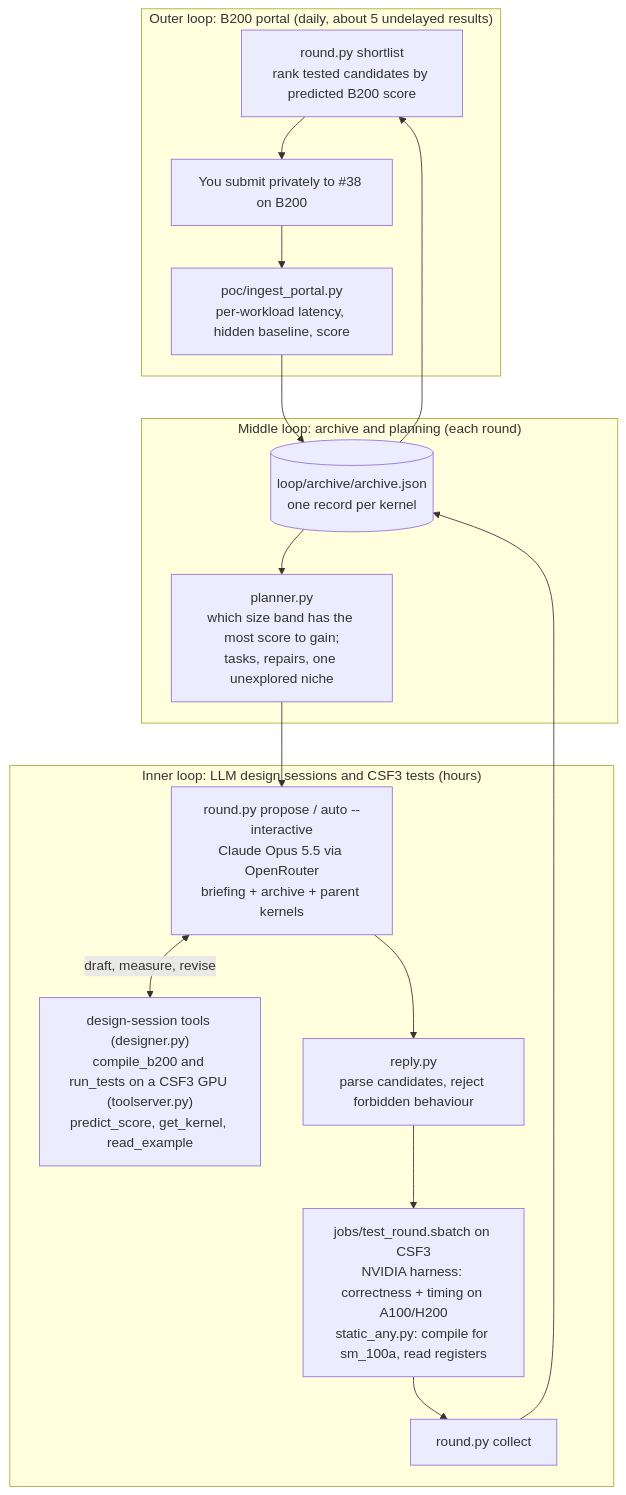
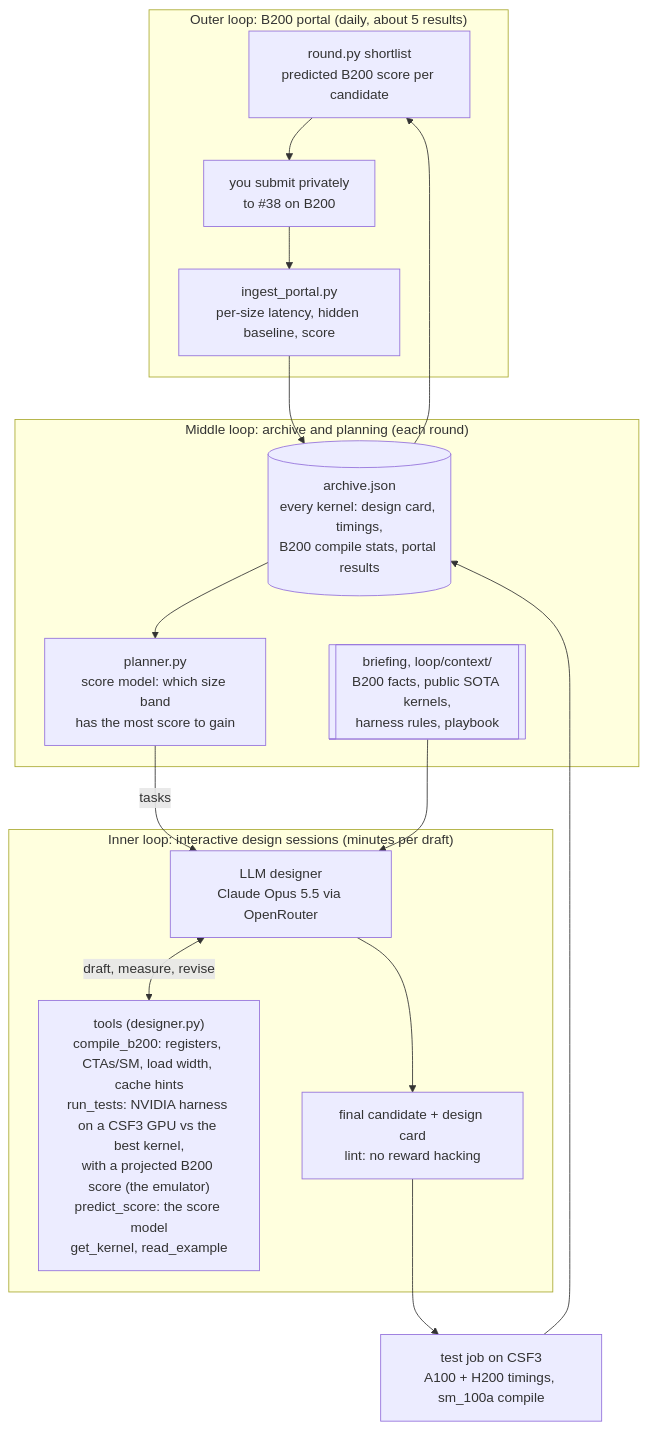
One commit to Hha21/execbench-test changed the second of 2 diagrams in README.md. Above: the diagram before and after it, drawn with Mermaid. The commit also changed other lines of this file, not shown here.

First line of the commit message:
README: name the project (solx), add a score chart, redraw the loop diagram

````diff
--- a/README.md
+++ b/README.md
@@ -26,27 +39,28 @@
 ```mermaid
 flowchart TB
-    subgraph outer["Outer loop: B200 portal (daily, about 5 undelayed results)"]
-        SL["round.py shortlist<br/>rank tested candidates by predicted B200 score"]
-        SUB["You submit privately to #38 on B200"]
-        ING["poc/ingest_portal.py<br/>per-workload latency, hidden baseline, score"]
+    subgraph outer["Outer loop: B200 portal (daily, about 5 results)"]
+        SL["round.py shortlist<br/>predicted B200 score per candidate"]
+        SUB["you submit privately<br/>to #38 on B200"]
+        ING["ingest_portal.py<br/>per-size latency, hidden baseline, score"]
         SL --> SUB --> ING
     end
     subgraph middle["Middle loop: archive and planning (each round)"]
-        ARC[("loop/archive/archive.json<br/>one record per kernel")]
-        PLAN["planner.py<br/>which size band has the most score to gain;<br/>tasks, repairs, one unexplored niche"]
+        ARC[("archive.json<br/>every kernel: design card, timings,<br/>B200 compile stats, portal results")]
+        PLAN["planner.py<br/>score model: which size band<br/>has the most score to gain"]
+        CTX[["briefing, loop/context/<br/>B200 facts, public SOTA kernels,<br/>harness rules, playbook"]]
         ARC --> PLAN
     end
-    subgraph inner["Inner loop: LLM design sessions and CSF3 tests (hours)"]
-        PROP["round.py propose / auto --interactive<br/>Claude Opus 5.5 via OpenRouter<br/>briefing + archive + parent kernels"]
-        TOOLS["design-session tools (designer.py)<br/>compile_b200 and run_tests on a CSF3 GPU (toolserver.py)<br/>predict_score, get_kernel, read_example"]
-        PROP <-->|"draft, measure, revise"| TOOLS
-        LINT["reply.py<br/>parse candidates, reject forbidden behaviour"]
-        TEST["jobs/test_round.sbatch on CSF3<br/>NVIDIA harness: correctness + timing on A100/H200<br/>static_any.py: compile for sm_100a, read registers"]
-        COL["round.py collect"]
-        PROP --> LINT --> TEST --> COL
+    subgraph inner["Inner loop: interactive design sessions (minutes per draft)"]
+        LLM["LLM designer<br/>Claude Opus 5.5 via OpenRouter"]
+        TOOLS["tools (designer.py)<br/>compile_b200: registers, CTAs/SM, load width, cache hints<br/>run_tests: NVIDIA harness on a CSF3 GPU vs the best kernel,<br/>with a projected B200 score (the emulator)<br/>predict_score: the score model<br/>get_kernel, read_example"]
+        FIN["final candidate + design card<br/>lint: no reward hacking"]
+        LLM <-->|"draft, measure, revise"| TOOLS
+        LLM --> FIN
     end
-    PLAN --> PROP
-    COL --> ARC
+    TEST["test job on CSF3<br/>A100 + H200 timings, sm_100a compile"]
+    PLAN -->|"tasks"| LLM
+    CTX --> LLM
+    FIN --> TEST --> ARC
+    ARC --> SL
     ING --> ARC
-    ARC --> SL
 ```
````
